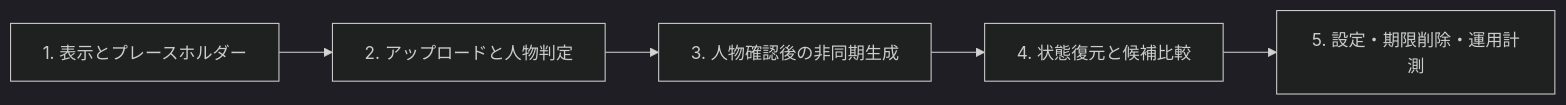
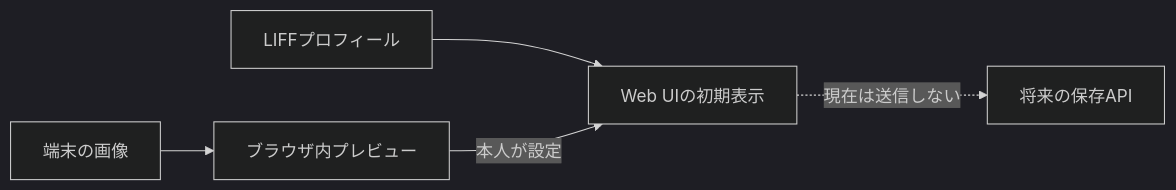
One commit to kkyosuke/me-builder changed the second of 2 diagrams in docs/product/avatar-experience.md. Above: the diagram before and after it, drawn with Mermaid (dark theme). The commit also changed other lines of this file and 16 other files, not shown here.

````diff
--- a/docs/product/avatar-experience.md
+++ b/docs/product/avatar-experience.md
@@ -323,7 +99,7 @@
 ```mermaid
 flowchart LR
-    A[1. 表示とプレースホルダー] --> B[2. アップロードと人物判定]
-    B --> C[3. 人物確認後の非同期生成]
-    C --> D[4. 状態復元と候補比較]
-    D --> E[5. 設定・期限削除・運用計測]
+    L[LIFFプロフィール] --> W[Web UIの初期表示]
+    F[端末の画像] --> P[ブラウザ内プレビュー]
+    P -->|本人が設定| W
+    W -. 現在は送信しない .-> A[将来の保存API]
 ```
````
